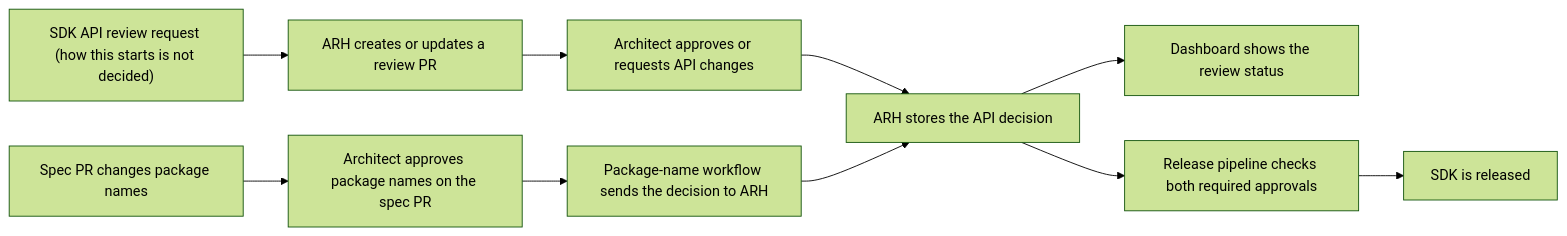
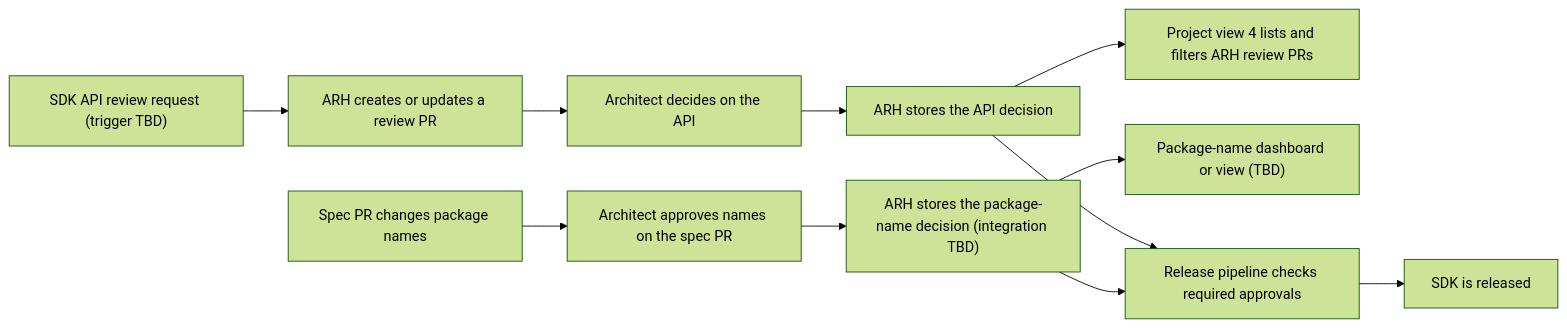
Before and after one commit to danfiedler-msft/azure-sdk-tools: the diagram in tools/azsdk-cli/docs/specs/8-operations-architect-review-workflow.spec.md, drawn with Mermaid (forest theme). The commit also changed other lines of this file, not shown here.

First line of the commit message:
Prioritize ARH design decisions

````diff
--- a/tools/azsdk-cli/docs/specs/8-operations-architect-review-workflow.spec.md
+++ b/tools/azsdk-cli/docs/specs/8-operations-architect-review-workflow.spec.md
@@ -34,16 +31,17 @@
 ```mermaid
 flowchart LR
-    START["SDK API review request (how this starts is not decided)"]
+    START["SDK API review request (trigger TBD)"]
     START --> REVIEWPR["ARH creates or updates a review PR"]
-    REVIEWPR --> APIREVIEW["Architect approves or requests API changes"]
-    APIREVIEW --> RECORD["ARH stores the API decision"]
+    REVIEWPR --> APIREVIEW["Architect decides on the API"]
+    APIREVIEW --> APIRECORD["ARH stores the API decision"]
 
     SPECPR["Spec PR changes package names"]
-    SPECPR --> NAMEREVIEW["Architect approves package names on the spec PR"]
-    NAMEREVIEW --> RELAY["Package-name workflow sends the decision to ARH"]
-    RELAY --> RECORD
+    SPECPR --> NAMEREVIEW["Architect approves names on the spec PR"]
+    NAMEREVIEW --> NAMERECORD["ARH stores the package-name decision (integration TBD)"]
 
-    RECORD --> BOARD["Dashboard shows the review status"]
-    RECORD --> GATE["Release pipeline checks both required approvals"]
+    APIRECORD --> BOARD["Project view 4 lists and filters ARH review PRs"]
+    NAMERECORD --> NAMEVIEW["Package-name dashboard or view (TBD)"]
+    APIRECORD --> GATE["Release pipeline checks required approvals"]
+    NAMERECORD --> GATE
     GATE --> RELEASE["SDK is released"]
 ```
````
